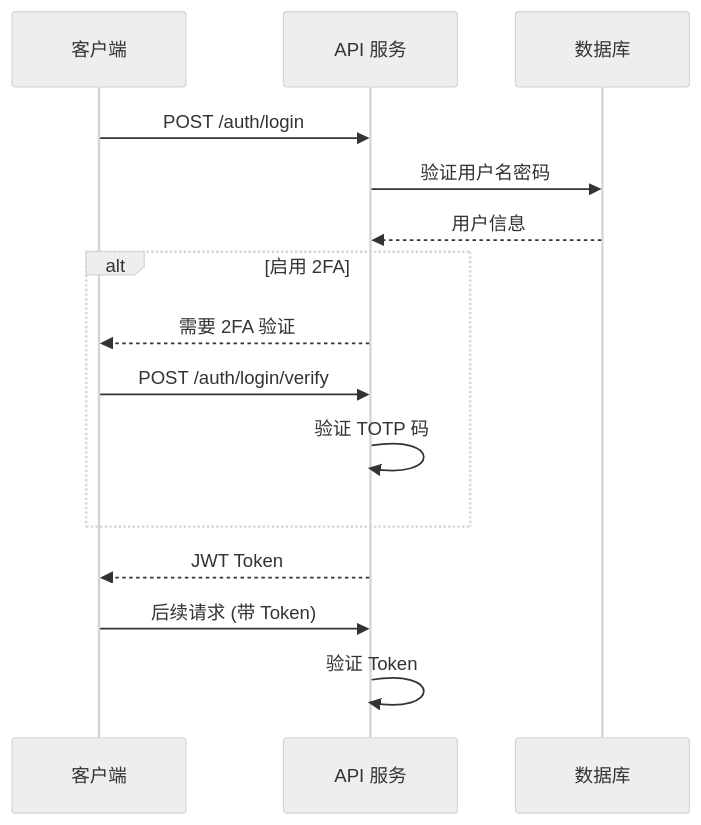
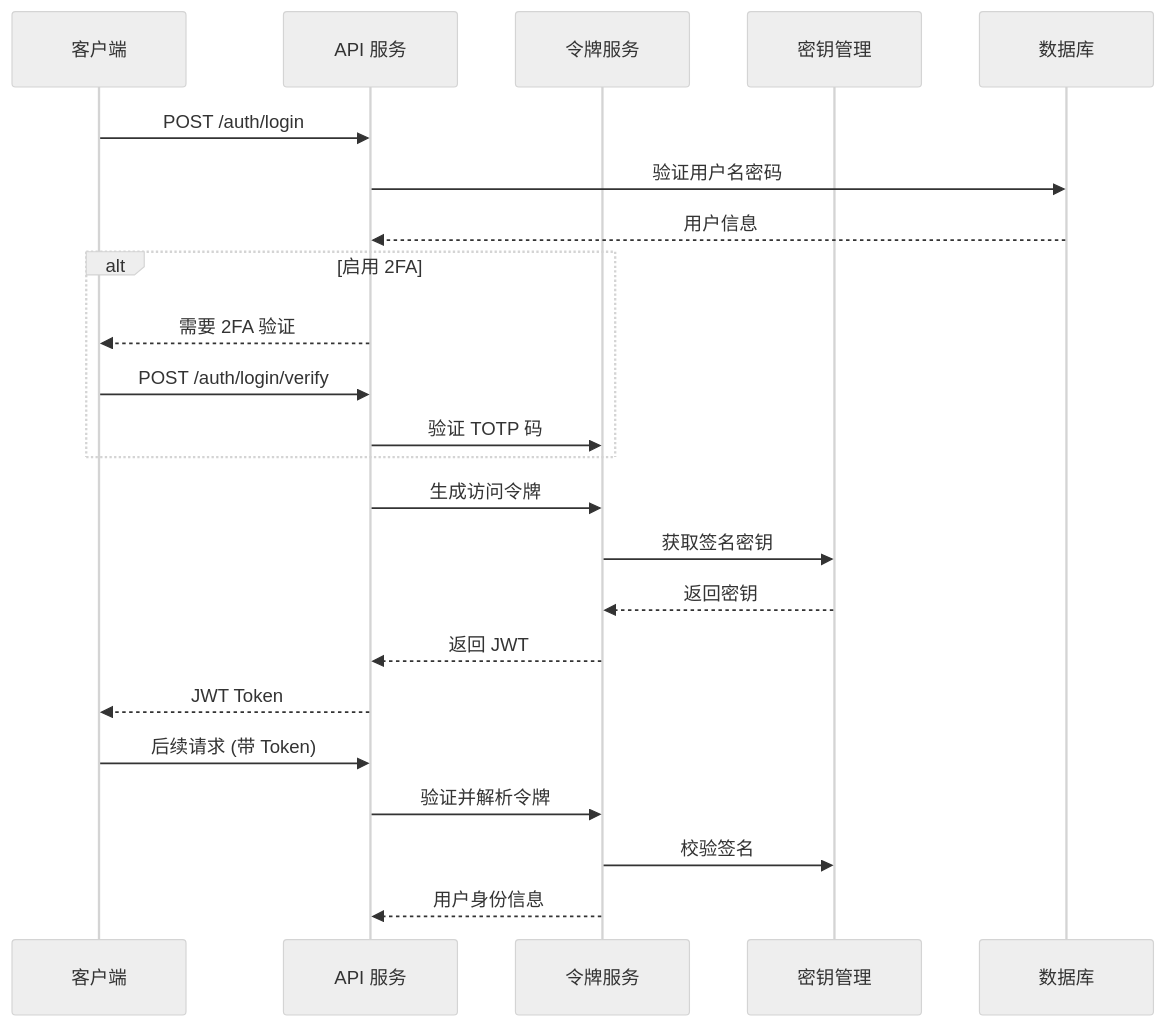
Diagram 15 of 18 in docs/feature-analysis/qvmconsole-architecture.mdx (QVMConsole/docs), drawn with Mermaid (neutral theme) before and after one commit. The commit also changed other lines of this file, not shown here.

````diff
--- a/docs/feature-analysis/qvmconsole-architecture.mdx
+++ b/docs/feature-analysis/qvmconsole-architecture.mdx
@@ -455,20 +680,29 @@
 ```mermaid
 sequenceDiagram
     participant Client as 客户端
     participant API as API 服务
+    participant TokenSvc as 令牌服务
+    participant Secret as 密钥管理
     participant DB as 数据库
-    
+
     Client->>API: POST /auth/login
     API->>DB: 验证用户名密码
     DB-->>API: 用户信息
-    
+
     alt 启用 2FA
         API-->>Client: 需要 2FA 验证
         Client->>API: POST /auth/login/verify
-        API->>API: 验证 TOTP 码
+        API->>TokenSvc: 验证 TOTP 码
     end
-    
+
+    API->>TokenSvc: 生成访问令牌
+    TokenSvc->>Secret: 获取签名密钥
+    Secret-->>TokenSvc: 返回密钥
+    TokenSvc-->>API: 返回 JWT
     API-->>Client: JWT Token
+
     Client->>API: 后续请求 (带 Token)
-    API->>API: 验证 Token
+    API->>TokenSvc: 验证并解析令牌
+    TokenSvc->>Secret: 校验签名
+    TokenSvc-->>API: 用户身份信息
 ```
````
